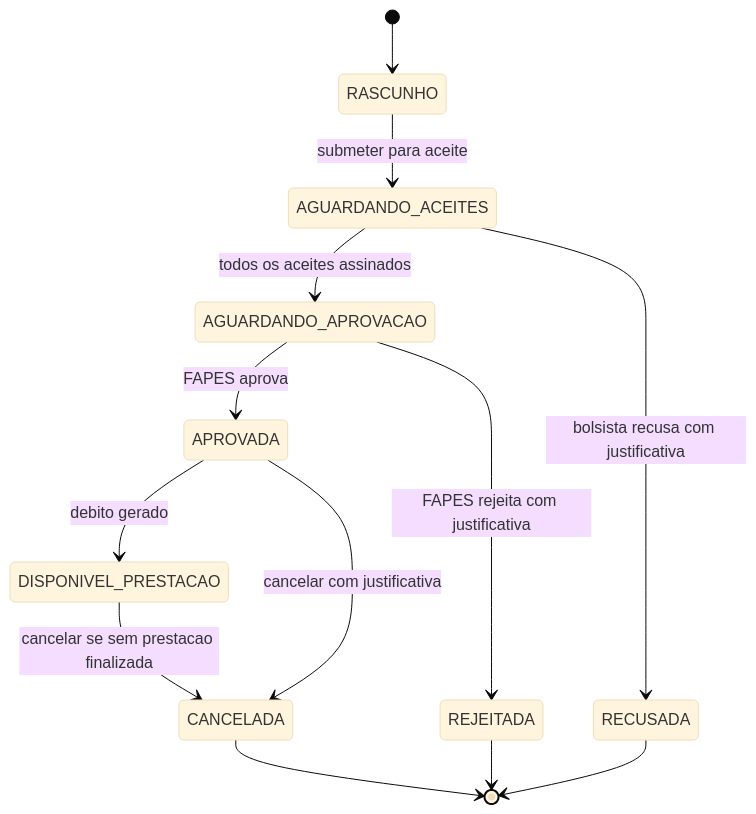
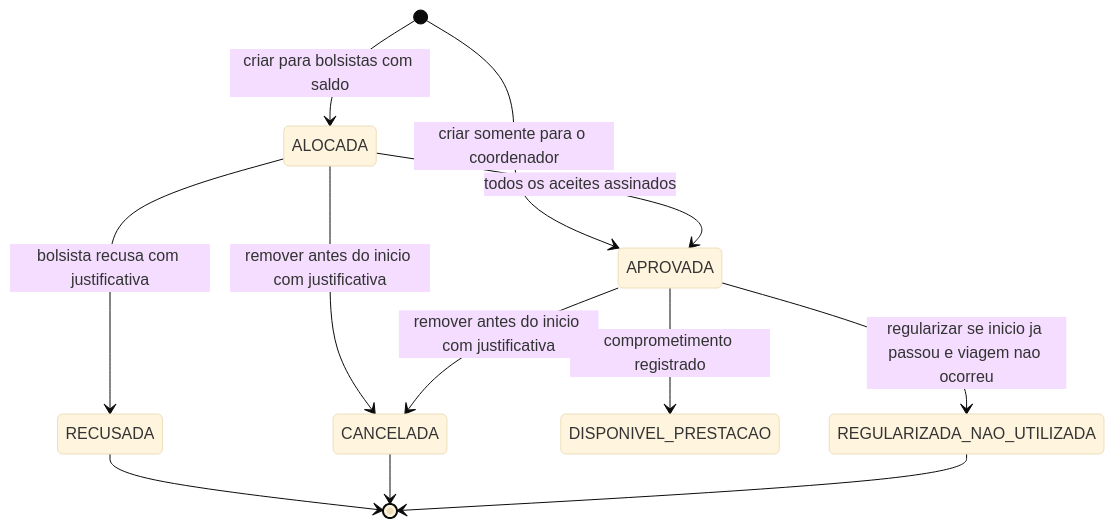
The second of 2 diagrams in docs/implementation/modules/M003-gestao-iniciativas-captadas/diarias/processo.md (Czzped/conecta-fapes-teste), drawn with Mermaid (base theme) before and after one commit. The commit also changed other lines of this file and 102 other files, not shown here.

````diff
--- a/docs/implementation/modules/M003-gestao-iniciativas-captadas/diarias/processo.md
+++ b/docs/implementation/modules/M003-gestao-iniciativas-captadas/diarias/processo.md
@@ -42,15 +47,14 @@
 ```mermaid
 stateDiagram-v2
-    [*] --> RASCUNHO
-    RASCUNHO --> AGUARDANDO_ACEITES: submeter para aceite
-    AGUARDANDO_ACEITES --> AGUARDANDO_APROVACAO: todos os aceites assinados
-    AGUARDANDO_ACEITES --> RECUSADA: bolsista recusa com justificativa
-    AGUARDANDO_APROVACAO --> APROVADA: FAPES aprova
-    AGUARDANDO_APROVACAO --> REJEITADA: FAPES rejeita com justificativa
-    APROVADA --> DISPONIVEL_PRESTACAO: debito gerado
-    APROVADA --> CANCELADA: cancelar com justificativa
-    DISPONIVEL_PRESTACAO --> CANCELADA: cancelar se sem prestacao finalizada
-    REJEITADA --> [*]
+    [*] --> ALOCADA: criar para bolsistas com saldo
+    [*] --> APROVADA: criar somente para o coordenador
+    ALOCADA --> APROVADA: todos os aceites assinados
+    ALOCADA --> RECUSADA: bolsista recusa com justificativa
+    ALOCADA --> CANCELADA: remover antes do inicio com justificativa
+    APROVADA --> DISPONIVEL_PRESTACAO: comprometimento registrado
+    APROVADA --> CANCELADA: remover antes do inicio com justificativa
+    APROVADA --> REGULARIZADA_NAO_UTILIZADA: regularizar se inicio ja passou e viagem nao ocorreu
     RECUSADA --> [*]
     CANCELADA --> [*]
+    REGULARIZADA_NAO_UTILIZADA --> [*]
 ```
````
